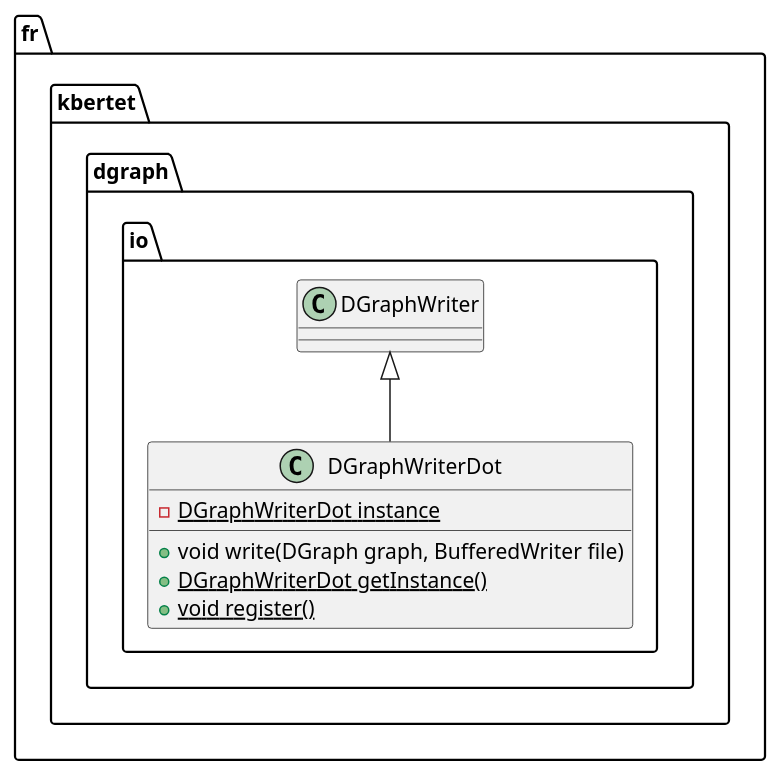
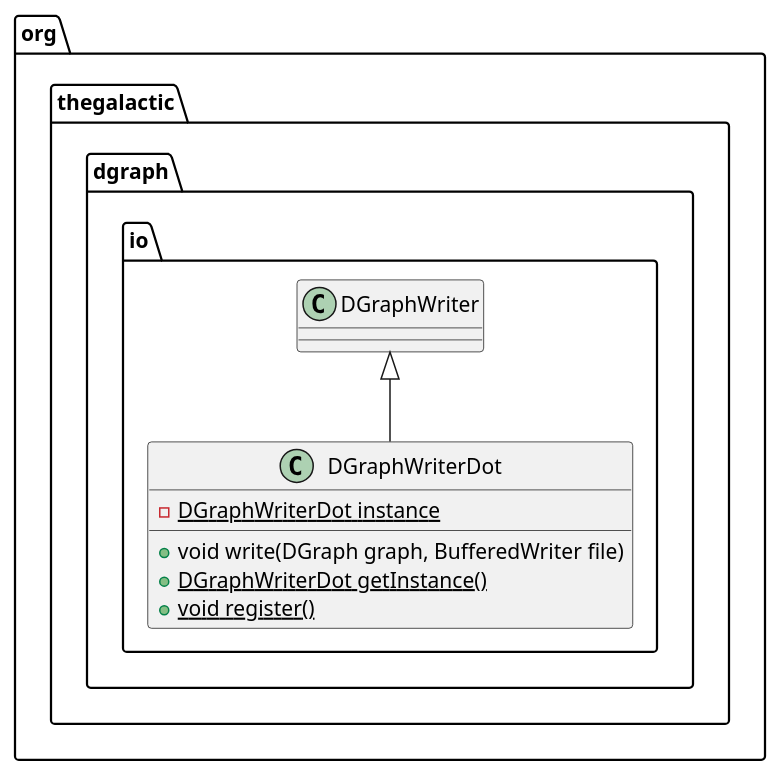
The diagram in src/main/javadoc/resources/org/thegalactic/dgraph/io/DGraphWriterDot.iuml (thegalactic/java-lattices), drawn with PlantUML before and after one commit. The commit also changed 40 other files, not shown here.

Commit message:
Using org.thegalactic namespace

```diff
--- a/src/main/javadoc/resources/org/thegalactic/dgraph/io/DGraphWriterDot.iuml
+++ b/src/main/javadoc/resources/org/thegalactic/dgraph/io/DGraphWriterDot.iuml
@@ -1,10 +1,10 @@
-package fr.kbertet.dgraph.io {
+package org.thegalactic.dgraph.io {
     class DGraphWriterDot {
     	-{static}DGraphWriterDot instance
         +void write(DGraph graph, BufferedWriter file)
         +{static}DGraphWriterDot getInstance()
         +{static}void register()
     }
 
     DGraphWriter <|-- DGraphWriterDot
 }
```
